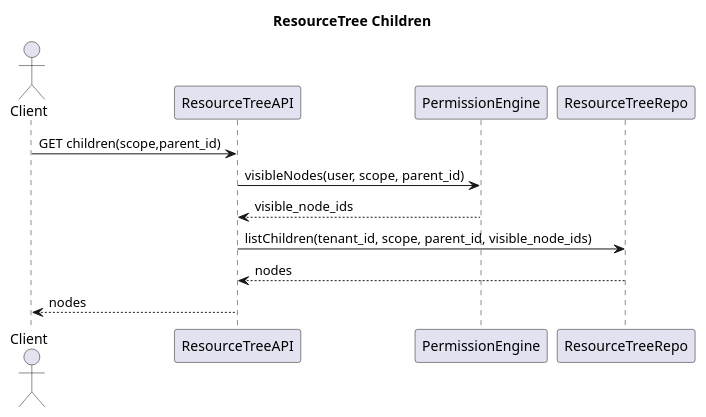
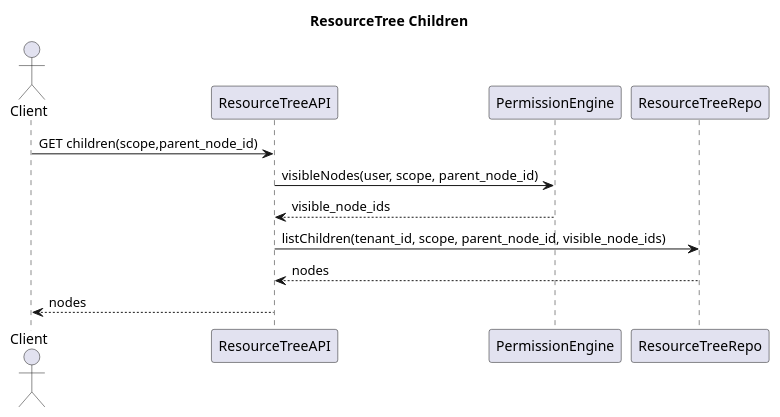
One commit to FangZiyong/grass changed diagram 13 of 29 in docs/tech.md. Above: the diagram before and after it, drawn with PlantUML. The commit also changed other lines of this file and 49 other files, not shown here.

````diff
--- a/docs/tech.md
+++ b/docs/tech.md
@@ -2106,17 +2106,17 @@
 ```plantuml
 @startuml
 title ResourceTree Children
 
 actor Client
 participant ResourceTreeAPI as API
 participant PermissionEngine as PE
 participant ResourceTreeRepo as RTR
 
-Client -> API : GET children(scope,parent_id)
-API -> PE : visibleNodes(user, scope, parent_id)
+Client -> API : GET children(scope,parent_node_id)
+API -> PE : visibleNodes(user, scope, parent_node_id)
 PE --> API : visible_node_ids
-API -> RTR : listChildren(tenant_id, scope, parent_id, visible_node_ids)
+API -> RTR : listChildren(tenant_id, scope, parent_node_id, visible_node_ids)
 RTR --> API : nodes
 API --> Client : nodes
 @enduml
 ```
````
